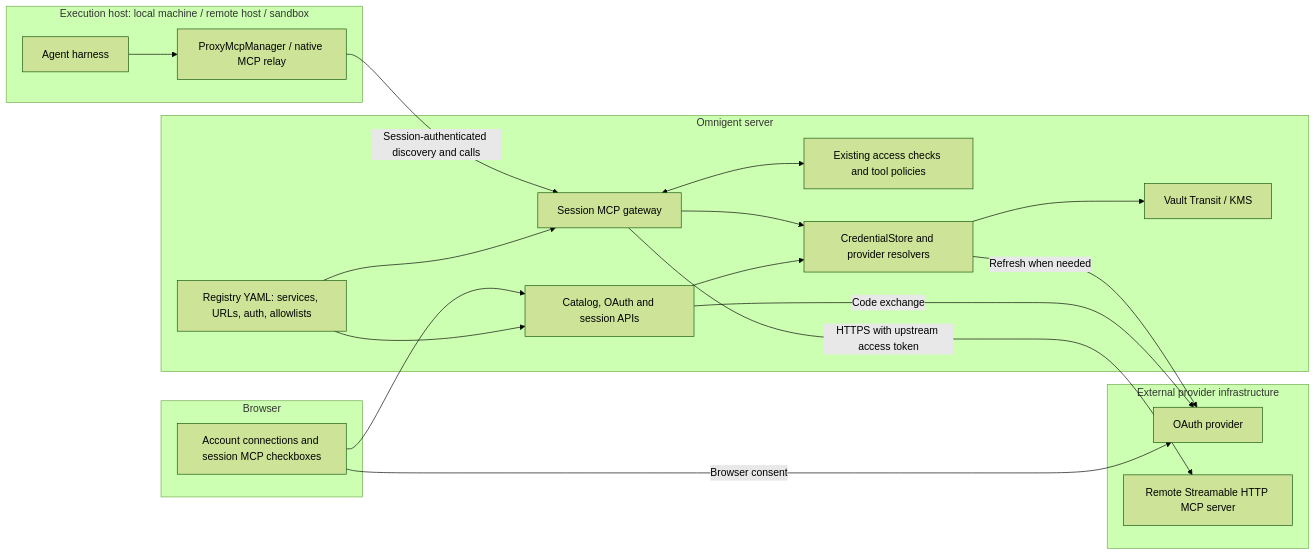
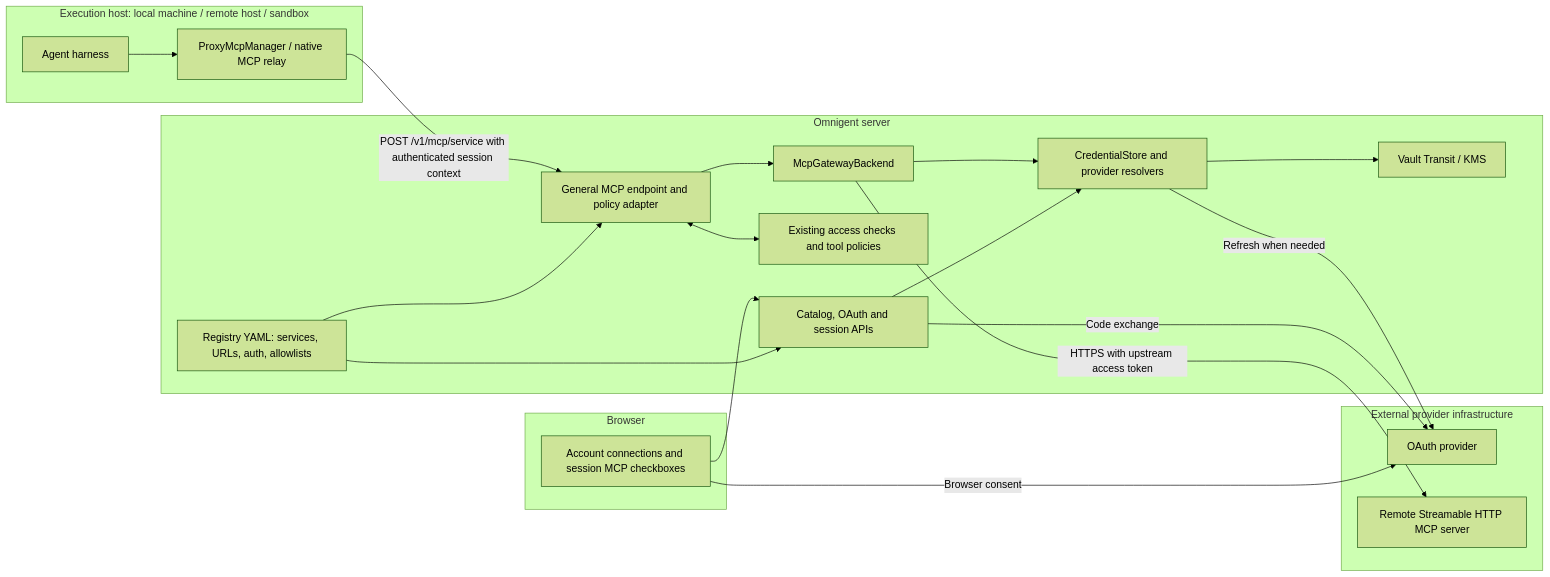
One commit to omnigent-ai/omnigent changed the first of 7 diagrams in designs/MCP_REGISTRY_GATEWAY.md. Above: the diagram before and after it, drawn with Mermaid (forest theme). The commit also changed other lines of this file and 19 other files, not shown here.

Commit message:
Separate managed MCP gateway routing from session policy context

````diff
--- a/designs/MCP_REGISTRY_GATEWAY.md
+++ b/designs/MCP_REGISTRY_GATEWAY.md
@@ -20,35 +20,36 @@
 ```mermaid
 flowchart LR
   subgraph browser[Browser]
     UI[Account connections and session MCP checkboxes]
   end
   subgraph runner[Execution host: local machine / remote host / sandbox]
     H[Agent harness]
     P[ProxyMcpManager / native MCP relay]
     H --> P
   end
   subgraph server[Omnigent server]
     R[Registry YAML: services, URLs, auth, allowlists]
     A[Catalog, OAuth and session APIs]
-    G[Session MCP gateway]
+    G[General MCP endpoint and policy adapter]
     Policy[Existing access checks and tool policies]
     C[CredentialStore and provider resolvers]
     K[Vault Transit / KMS]
     R --> A
     R --> G
     A --> C
     G <--> Policy
-    G --> C
+    G --> E[McpGatewayBackend]
+    E --> C
     C --> K
   end
   subgraph external[External provider infrastructure]
     O[OAuth provider]
     M[Remote Streamable HTTP MCP server]
   end
   UI --> A
   UI -->|Browser consent| O
   A -->|Code exchange| O
   C -->|Refresh when needed| O
-  P -->|Session-authenticated discovery and calls| G
-  G -->|HTTPS with upstream access token| M
+  P -->|POST /v1/mcp/service with authenticated session context| G
+  E -->|HTTPS with upstream access token| M
 ```
````
